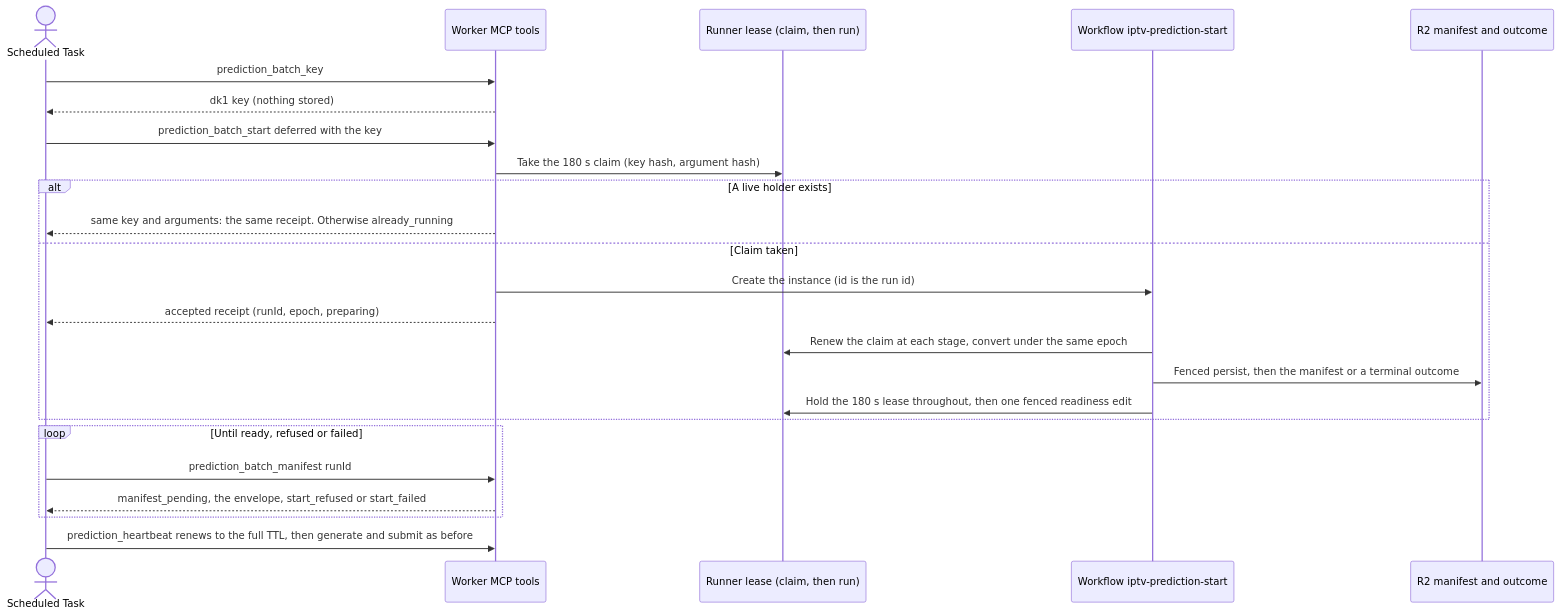
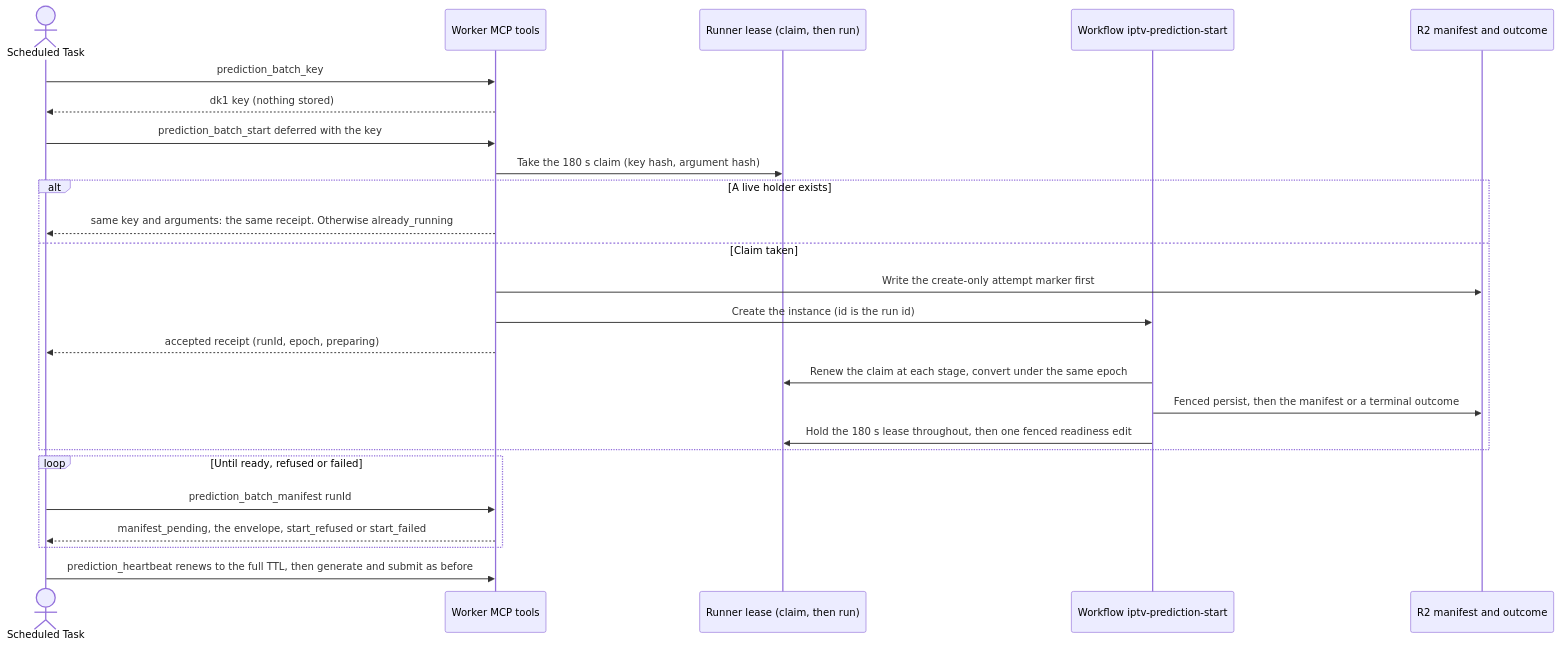
The second of 3 diagrams in docs/architecture/prediction-pipeline.md (vladimino/iptv-watchlist), drawn with Mermaid before and after one commit.

Commit message:
AIR-573: the deferred diagram shows the attempt marker written before the dispatch
Claude-Session: https://claude.ai/code/session_014nGEiX2B79btmhCZSf74AN

````diff
--- a/docs/architecture/prediction-pipeline.md
+++ b/docs/architecture/prediction-pipeline.md
@@ -112,26 +112,27 @@
 ```mermaid
 sequenceDiagram
     actor Task as Scheduled Task
     participant MCP as Worker MCP tools
     participant Lease as Runner lease (claim, then run)
     participant WF as Workflow iptv-prediction-start
     participant Store as R2 manifest and outcome
     Task->>MCP: prediction_batch_key
     MCP-->>Task: dk1 key (nothing stored)
     Task->>MCP: prediction_batch_start deferred with the key
     MCP->>Lease: Take the 180 s claim (key hash, argument hash)
     alt A live holder exists
         MCP-->>Task: same key and arguments: the same receipt. Otherwise already_running
     else Claim taken
+        MCP->>Store: Write the create-only attempt marker first
         MCP->>WF: Create the instance (id is the run id)
         MCP-->>Task: accepted receipt (runId, epoch, preparing)
         WF->>Lease: Renew the claim at each stage, convert under the same epoch
         WF->>Store: Fenced persist, then the manifest or a terminal outcome
         WF->>Lease: Hold the 180 s lease throughout, then one fenced readiness edit
     end
     loop Until ready, refused or failed
         Task->>MCP: prediction_batch_manifest runId
         MCP-->>Task: manifest_pending, the envelope, start_refused or start_failed
     end
     Task->>MCP: prediction_heartbeat renews to the full TTL, then generate and submit as before
 ```
````
